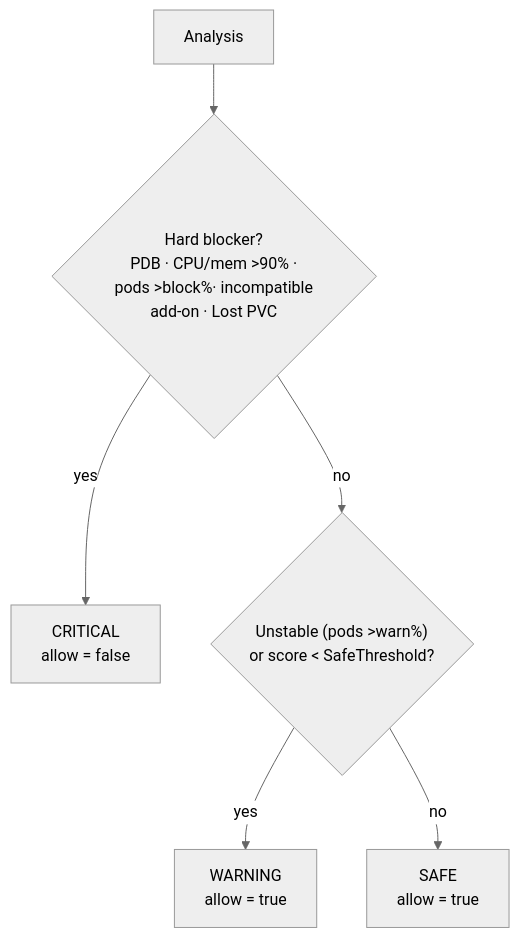
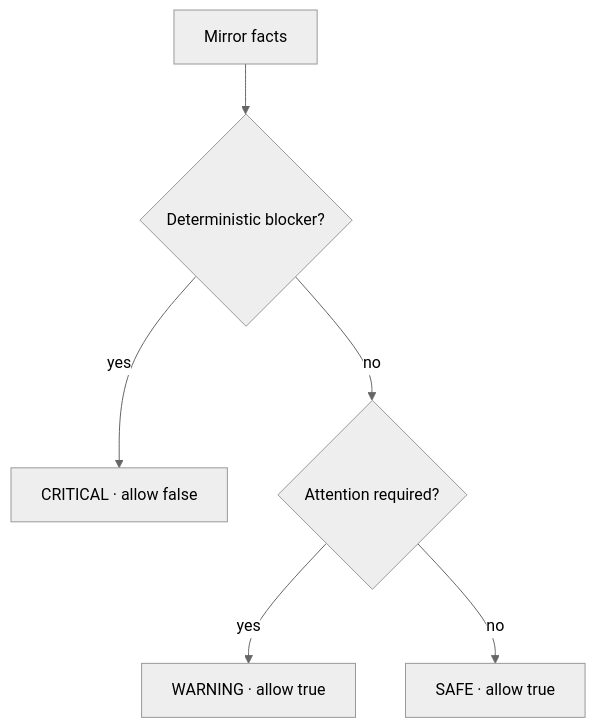
One commit to miropshq/mirops changed the second of 2 diagrams in README.md. Above: the diagram before and after it, drawn with Mermaid (neutral theme). The commit also changed other lines of this file, not shown here.

````diff
--- a/README.md
+++ b/README.md
@@ -203,8 +40,8 @@
 ```mermaid
 flowchart TD
-    A["Analysis"] --> B{"Hard blocker?<br/>PDB · CPU/mem >90% ·<br/>pods >block%· incompatible<br/>add-on · Lost PVC"}
-    B -->|yes| C["CRITICAL<br/>allow = false"]
-    B -->|no| D{"Unstable (pods >warn%)<br/>or score < SafeThreshold?"}
-    D -->|yes| E["WARNING<br/>allow = true"]
-    D -->|no| F["SAFE<br/>allow = true"]
+  A[Mirror facts] --> B{Deterministic blocker?}
+  B -->|yes| C[CRITICAL · allow false]
+  B -->|no| D{Attention required?}
+  D -->|yes| E[WARNING · allow true]
+  D -->|no| F[SAFE · allow true]
 ```
````
